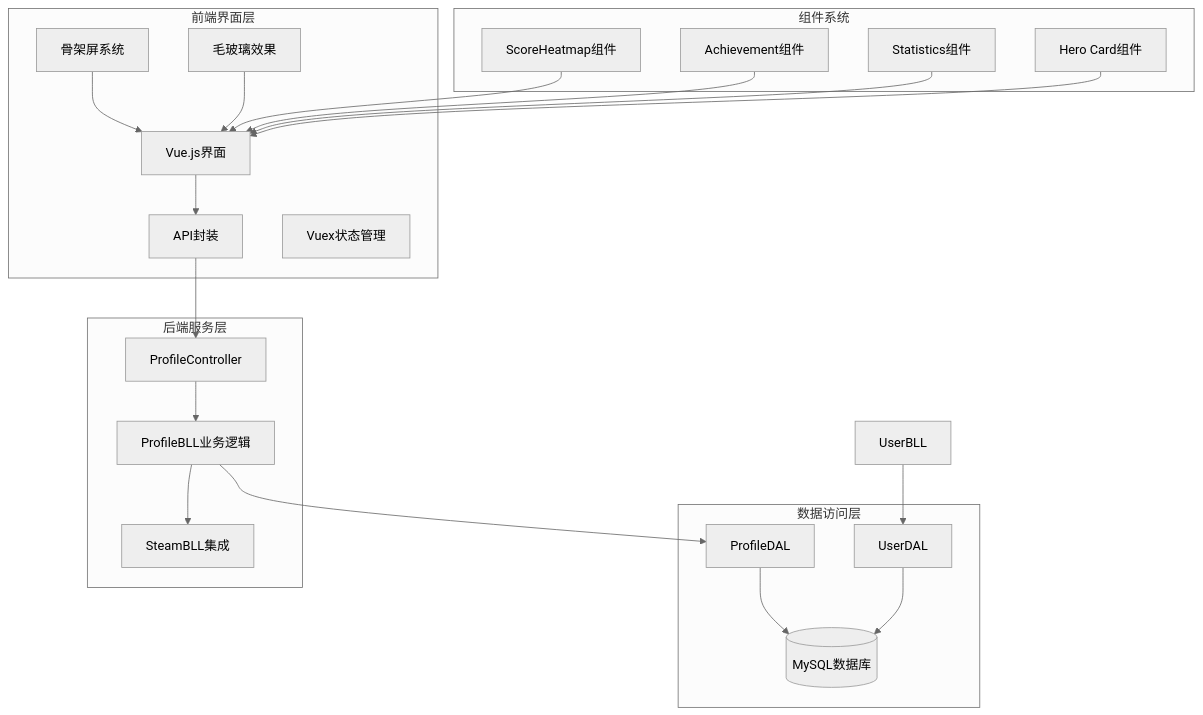
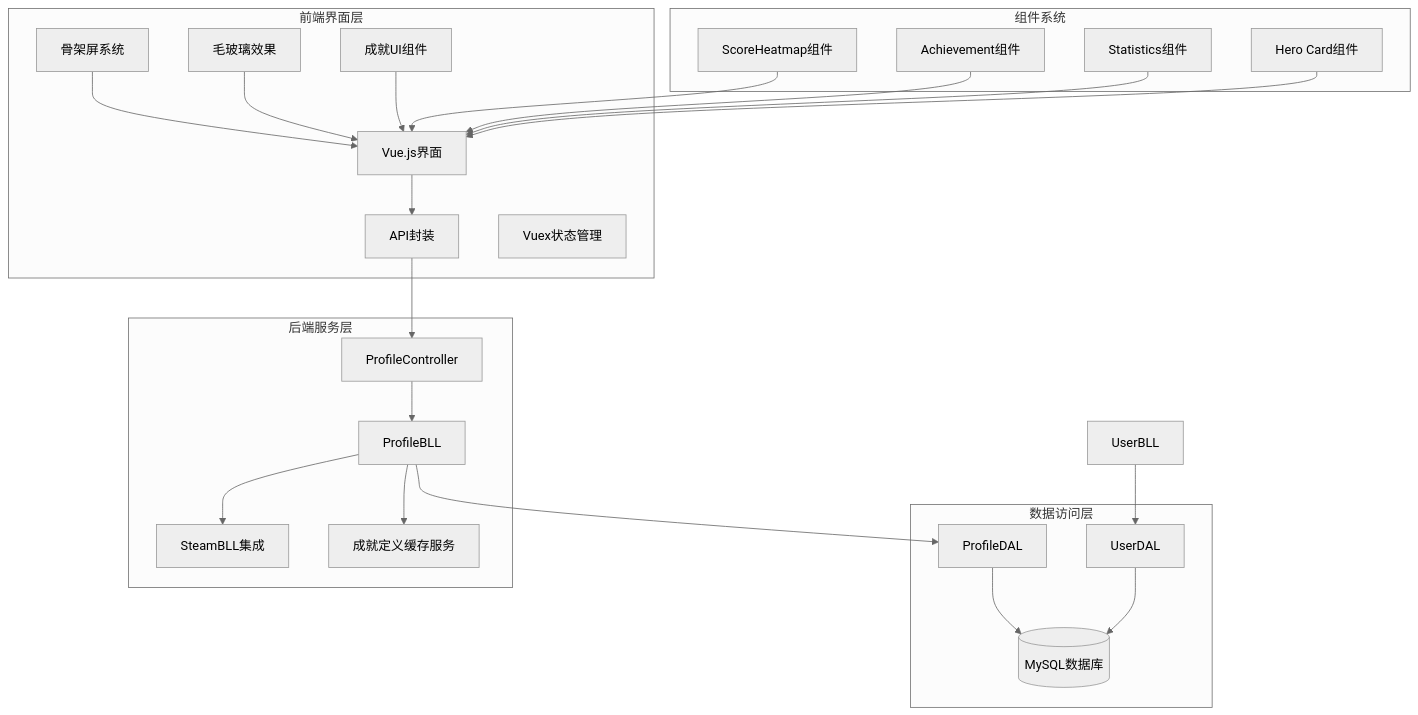
One commit to TinyMaD/SpeedRunnersLab changed the first of 15 diagrams in .qoder/repowiki/zh/content/后端 API 服务/用户管理模块/个人资料系统.md. Above: the diagram before and after it, drawn with Mermaid (neutral theme). The commit also changed other lines of this file and 9 other files, not shown here.

````diff
--- a/.qoder/repowiki/zh/content/后端 API 服务/用户管理模块/个人资料系统.md
+++ b/.qoder/repowiki/zh/content/后端 API 服务/用户管理模块/个人资料系统.md
@@ -56,40 +63,44 @@
 ```mermaid
 graph TB
 subgraph "前端界面层"
 UI[Vue.js界面]
 API[API封装]
 Store[Vuex状态管理]
 Skeleton[骨架屏系统]
 Glass[毛玻璃效果]
+AchievementUI[成就UI组件]
 end
 subgraph "后端服务层"
 Controller[ProfileController]
-BLL[ProfileBLL业务逻辑]
+BLL[ProfileBLL]
 SteamBLL[SteamBLL集成]
+AchievementSchemaService[成就定义缓存服务]
 end
 subgraph "数据访问层"
 DAL[ProfileDAL]
 UserDAL[UserDAL]
 DB[(MySQL数据库)]
 end
 subgraph "组件系统"
 Heatmap[ScoreHeatmap组件]
 Achievement[Achievement组件]
 Stats[Statistics组件]
 Hero[Hero Card组件]
 end
 UI --> API
 API --> Controller
 Controller --> BLL
 BLL --> SteamBLL
+BLL --> AchievementSchemaService
 BLL --> DAL
 UserBLL --> UserDAL
 DAL --> DB
 UserDAL --> DB
+AchievementUI --> UI
 Skeleton --> UI
 Glass --> UI
 Heatmap --> UI
 Achievement --> UI
 Stats --> UI
 Hero --> UI
 ```
````
